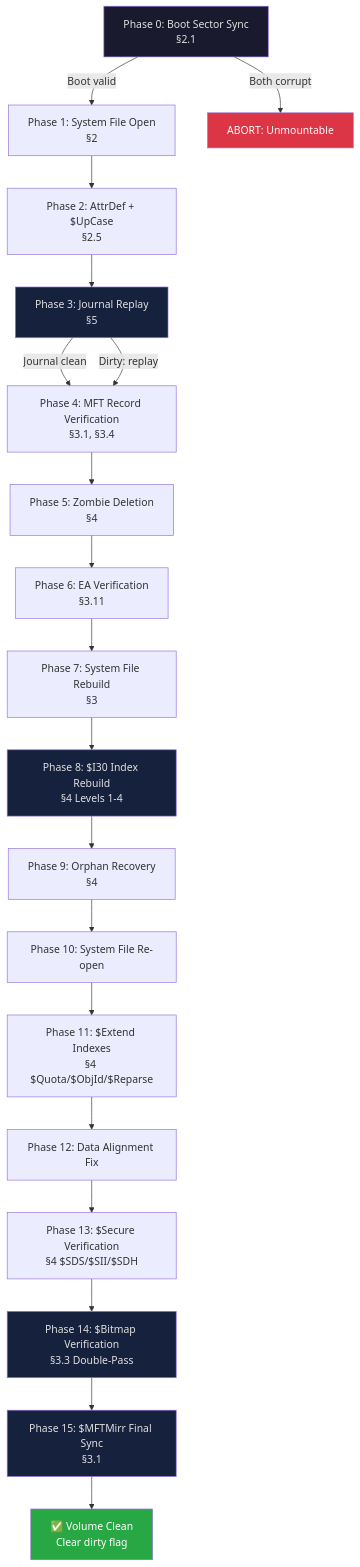
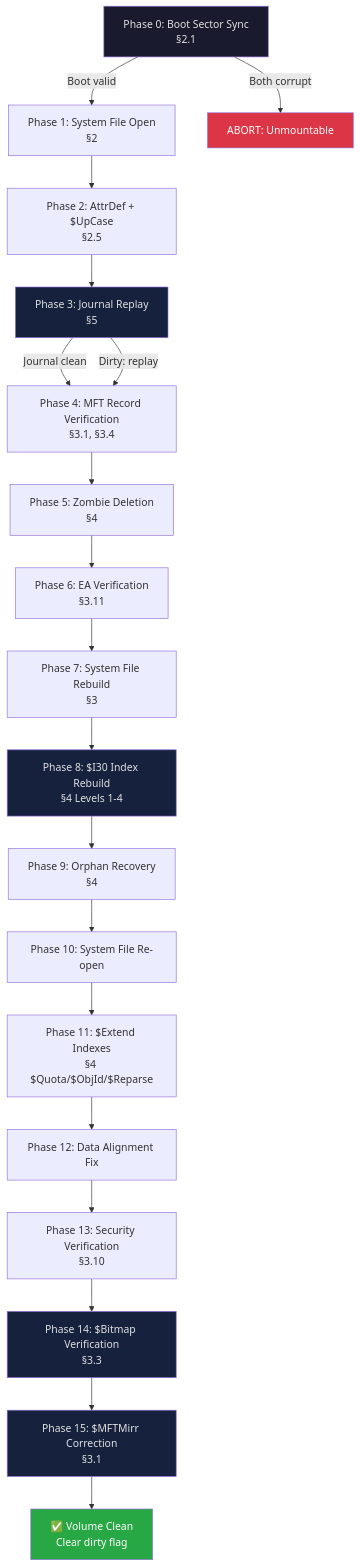
One commit to seb3773/ntfs-repair-rfc changed the diagram in ntfs-repair_clean_room_spec.md. Above: the diagram before and after it, drawn with Mermaid. The commit also changed other lines of this file, not shown here.

````diff
--- a/ntfs-repair_clean_room_spec.md
+++ b/ntfs-repair_clean_room_spec.md
@@ -61,46 +77,46 @@
 ```mermaid
 flowchart TD
     P0["Phase 0: Boot Sector Sync\n§2.1"]
     P1["Phase 1: System File Open\n§2"]
     P2["Phase 2: AttrDef + $UpCase\n§2.5"]
     P3["Phase 3: Journal Replay\n§5"]
     P4["Phase 4: MFT Record Verification\n§3.1, §3.4"]
     P5["Phase 5: Zombie Deletion\n§4"]
     P6["Phase 6: EA Verification\n§3.11"]
     P7["Phase 7: System File Rebuild\n§3"]
     P8["Phase 8: $I30 Index Rebuild\n§4 Levels 1-4"]
     P9["Phase 9: Orphan Recovery\n§4"]
     P10["Phase 10: System File Re-open"]
     P11["Phase 11: $Extend Indexes\n§4 $Quota/$ObjId/$Reparse"]
     P12["Phase 12: Data Alignment Fix"]
-    P13["Phase 13: $Secure Verification\n§4 $SDS/$SII/$SDH"]
-    P14["Phase 14: $Bitmap Verification\n§3.3 Double-Pass"]
-    P15["Phase 15: $MFTMirr Final Sync\n§3.1"]
+    P13["Phase 13: Security Verification\n§3.10"]
+    P14["Phase 14: $Bitmap Verification\n§3.3"]
+    P15["Phase 15: $MFTMirr Correction\n§3.1"]
 
     P0 -->|"Boot valid"| P1
     P0 -->|"Both corrupt"| ABORT["ABORT: Unmountable"]
     P1 --> P2
     P2 --> P3
     P3 -->|"Journal clean"| P4
     P3 -->|"Dirty: replay"| P4
     P4 --> P5
     P5 --> P6
     P6 --> P7
     P7 --> P8
     P8 --> P9
     P9 --> P10
     P10 --> P11
     P11 --> P12
     P12 --> P13
     P13 --> P14
     P14 --> P15
     P15 --> DONE["✅ Volume Clean\nClear dirty flag"]
 
     style ABORT fill:#dc3545,color:#fff
     style DONE fill:#28a745,color:#fff
     style P0 fill:#1a1a2e,color:#e0e0e0
     style P3 fill:#16213e,color:#e0e0e0
     style P8 fill:#16213e,color:#e0e0e0
     style P14 fill:#16213e,color:#e0e0e0
     style P15 fill:#16213e,color:#e0e0e0
 ```
````
